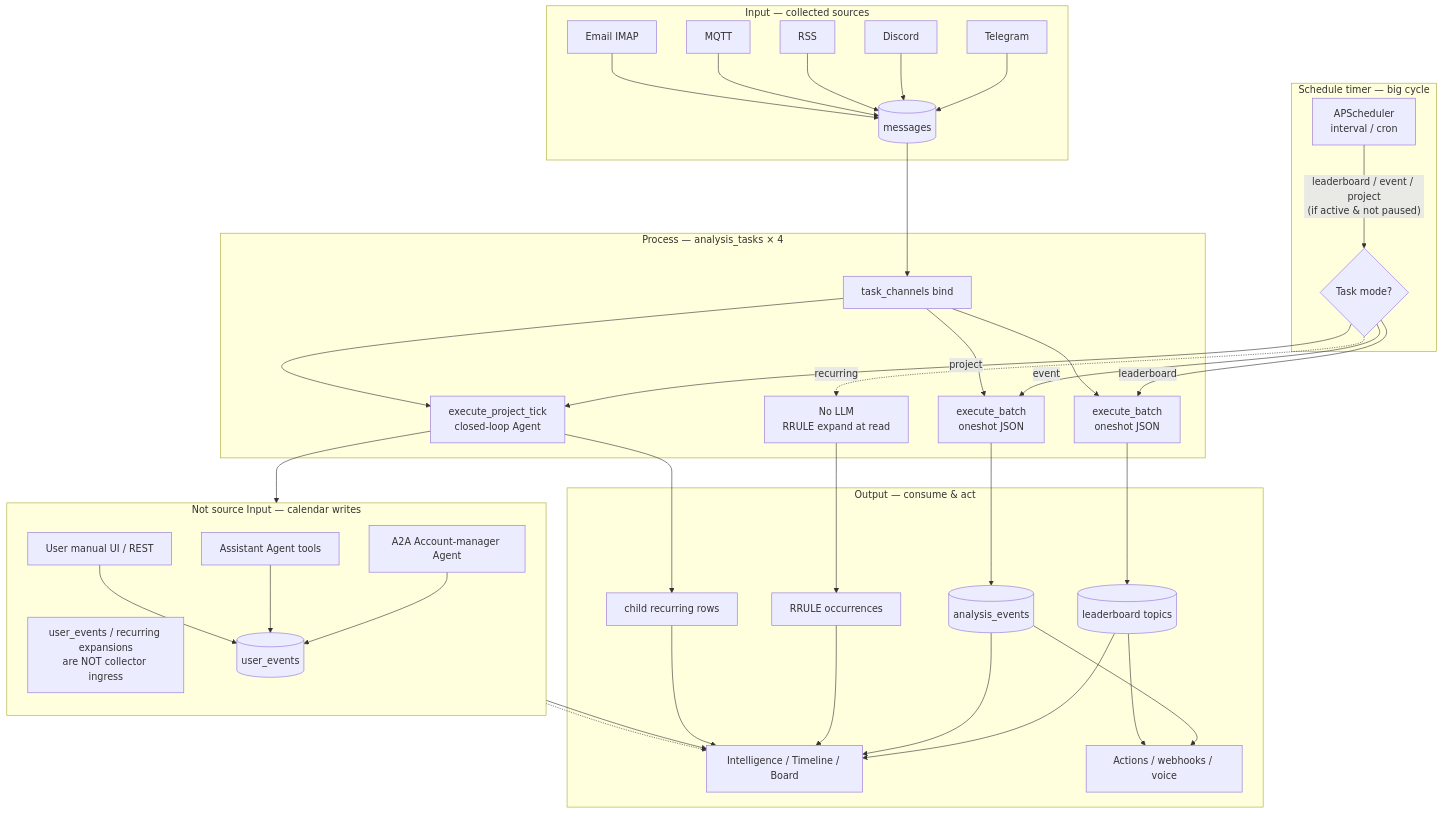
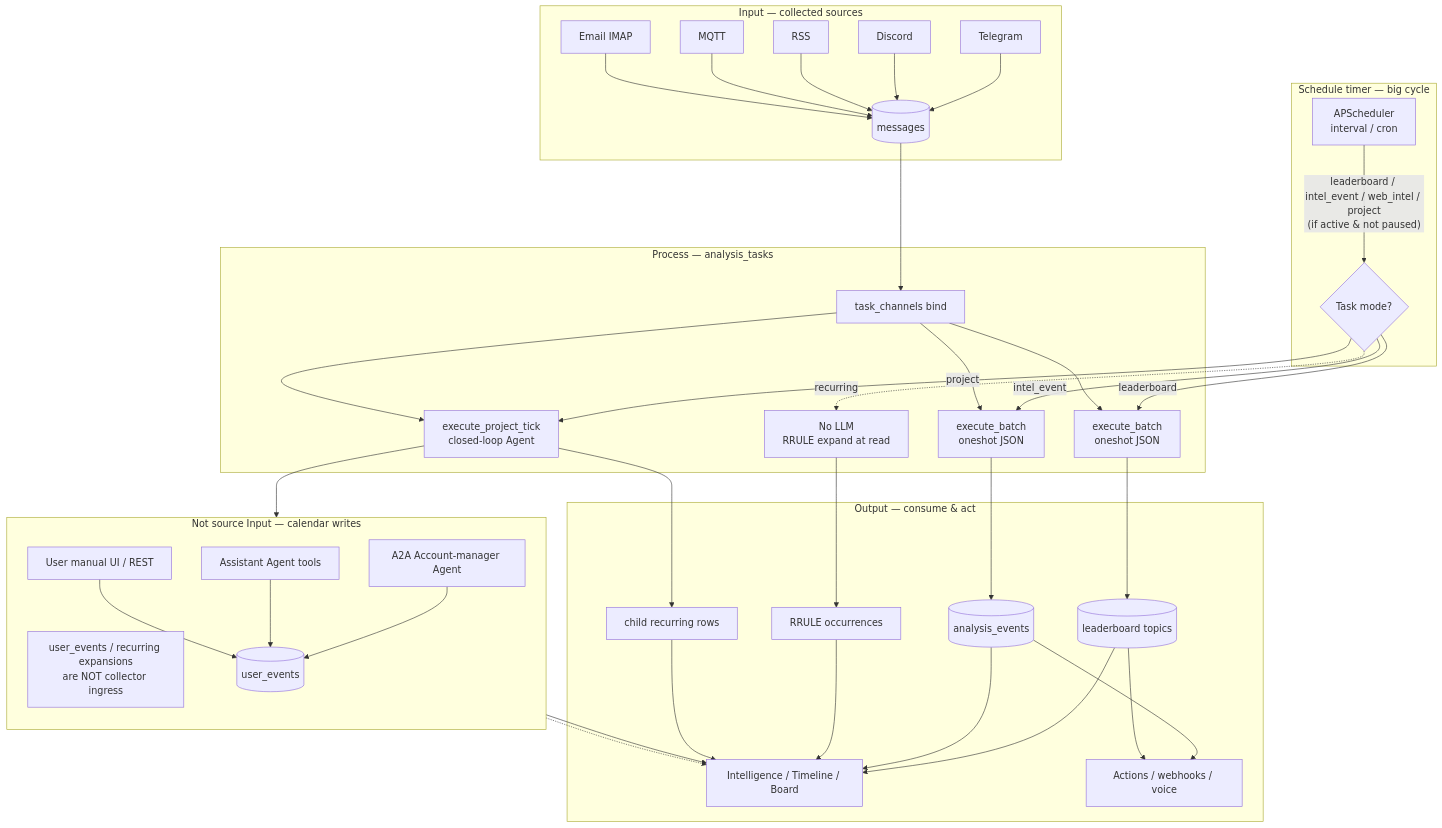
The first of 4 diagrams in docs/diagrams/README.md (Wing9897/im), drawn with Mermaid before and after one commit. The commit also changed other lines of this file and 21 other files, not shown here.

First line of the commit message:
Clean leftover naming docs and tech debt after intel_event rename

````diff
--- a/docs/diagrams/README.md
+++ b/docs/diagrams/README.md
@@ -9,48 +9,48 @@
 ```mermaid
 flowchart TB
   subgraph INPUT["Input — collected sources"]
     TG[Telegram]
     DC[Discord]
     RSS[RSS]
     MQTT[MQTT]
     EM[Email IMAP]
     TG & DC & RSS & MQTT & EM --> MSG[(messages)]
   end
 
   subgraph SIDE["Not source Input — calendar writes"]
     direction TB
     NOTE["user_events / recurring expansions<br/>are NOT collector ingress"]
     MAN[User manual UI / REST]
     AST[Assistant Agent tools]
     A2A[A2A Account-manager Agent]
     MAN & AST & A2A --> UE[(user_events)]
   end
 
   subgraph TIMER["Schedule timer — big cycle"]
     AP[APScheduler<br/>interval / cron]
-    AP -->|"leaderboard / event / project<br/>(if active & not paused)"| DISPATCH
+    AP -->|"leaderboard / intel_event / web_intel / project<br/>(if active & not paused)"| DISPATCH
   end
 
-  subgraph PROCESS["Process — analysis_tasks × 4"]
+  subgraph PROCESS["Process — analysis_tasks"]
     DISPATCH{Task mode?}
     DISPATCH -->|leaderboard| LB[execute_batch<br/>oneshot JSON]
-    DISPATCH -->|event| EV[execute_batch<br/>oneshot JSON]
+    DISPATCH -->|intel_event| EV[execute_batch<br/>oneshot JSON]
     DISPATCH -->|project| PM[execute_project_tick<br/>closed-loop Agent]
     DISPATCH -.->|recurring| RC[No LLM<br/>RRULE expand at read]
     MSG --> TC[task_channels bind]
     TC --> LB & EV & PM
   end
 
   subgraph OUTPUT["Output — consume & act"]
     LB --> TOP[(leaderboard topics)]
     EV --> AE[(analysis_events)]
     PM --> UE
     PM --> CHILD[child recurring rows]
     RC --> OCC[RRULE occurrences]
     TOP & AE --> UI[Intelligence / Timeline / Board]
     UE & OCC & CHILD --> UI
     AE & TOP --> ACT[Actions / webhooks / voice]
   end
 
   SIDE -.-> UI
 ```
````
